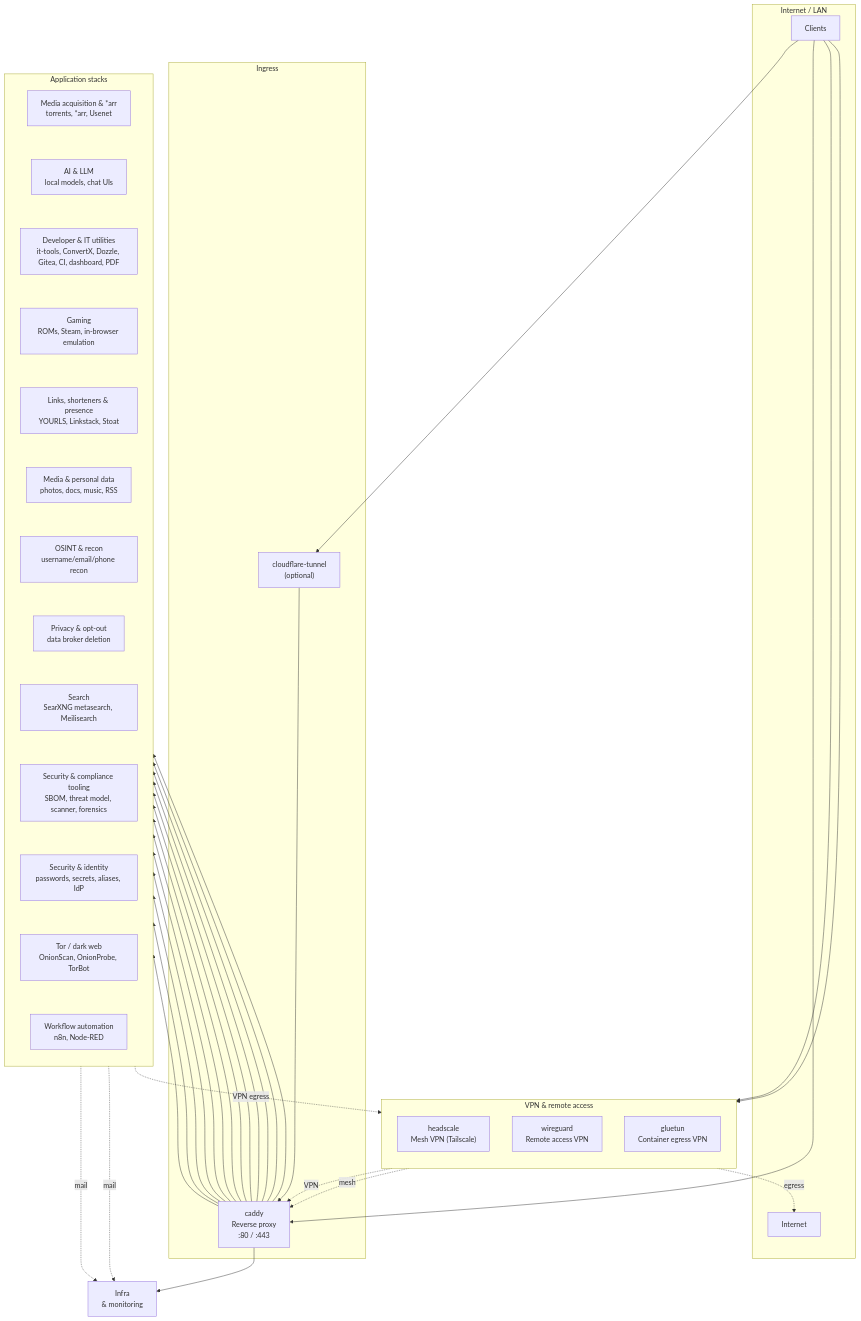
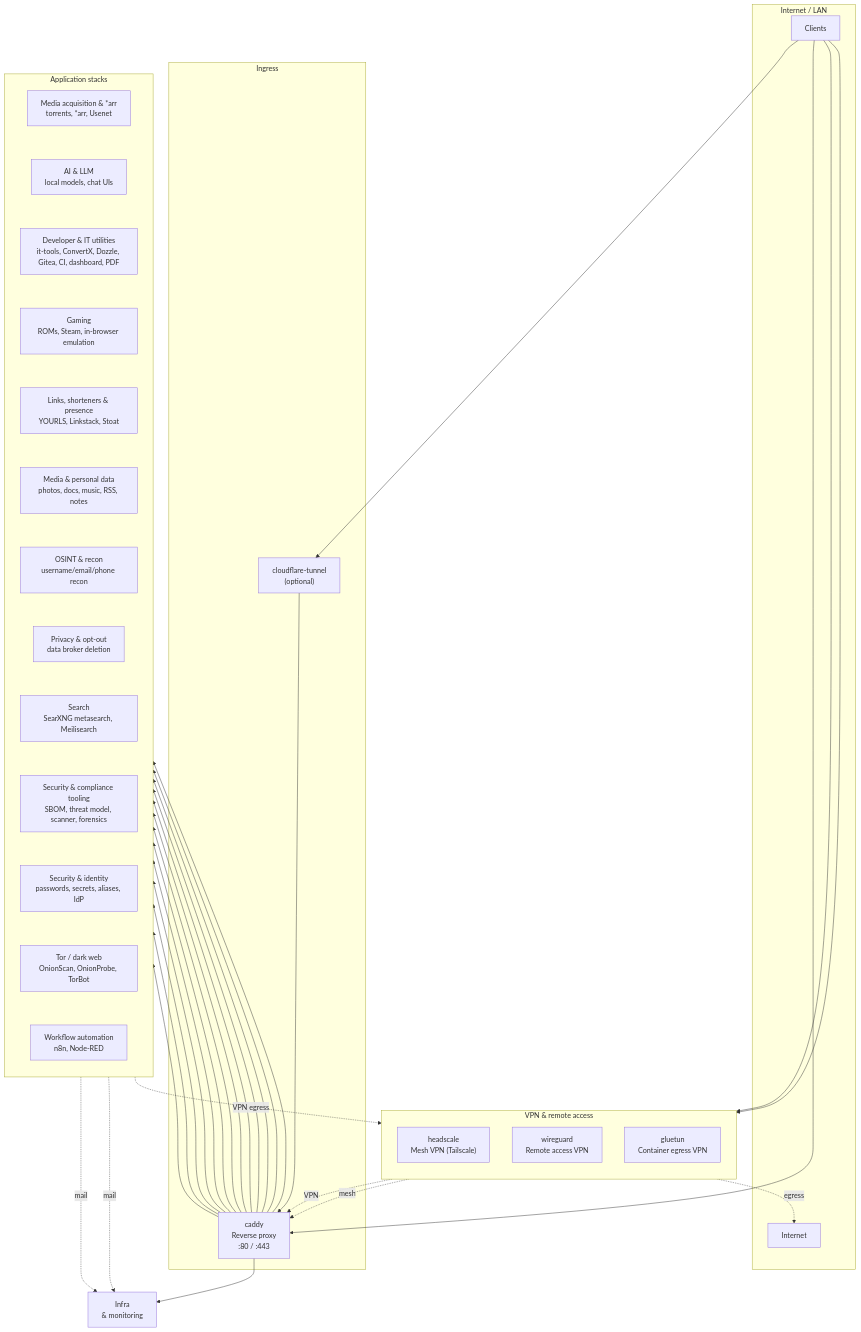
One commit to bolens/homelab changed the first of 2 diagrams in README.md. Above: the diagram before and after it, drawn with Mermaid. The commit also changed other lines of this file and 2 other files, not shown here.

```diff
--- a/README.md
+++ b/README.md
@@ -57,7 +57,7 @@
         apps_links["`Links, shorteners & presence
 YOURLS, Linkstack, Stoat`"]
         apps_media["`Media & personal data
-photos, docs, music, RSS`"]
+photos, docs, music, RSS, notes`"]
         apps_osint["`OSINT & recon
 username/email/phone recon`"]
         apps_privacy["`Privacy & opt-out
```
